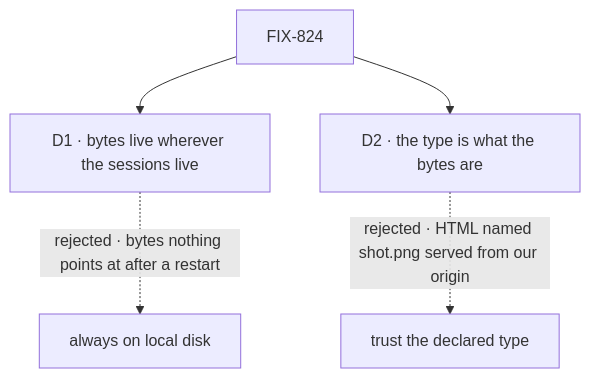
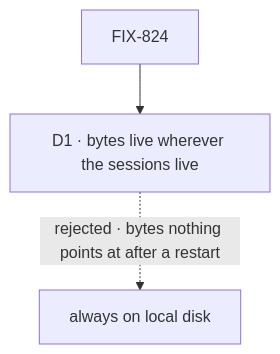
One commit to fixpoint-labs/flow-state-dev changed the diagram in specs/issues/FIX-824/DECISIONS.md. Above: the diagram before and after it, drawn with Mermaid. The commit also changed other lines of this file and 24 other files, not shown here.

````diff
--- a/specs/issues/FIX-824/DECISIONS.md
+++ b/specs/issues/FIX-824/DECISIONS.md
@@ -12,7 +12,5 @@
 ```mermaid
 flowchart TD
   I["FIX-824"] --> D1["D1 · bytes live wherever the sessions live"]
   D1 -.->|"rejected · bytes nothing points at after a restart"| X1["always on local disk"]
-  I --> D2["D2 · the type is what the bytes are"]
-  D2 -.->|"rejected · HTML named shot.png served from our origin"| X2["trust the declared type"]
 ```
````
